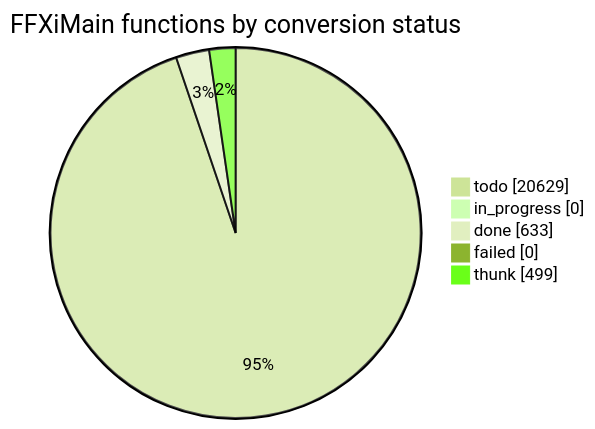
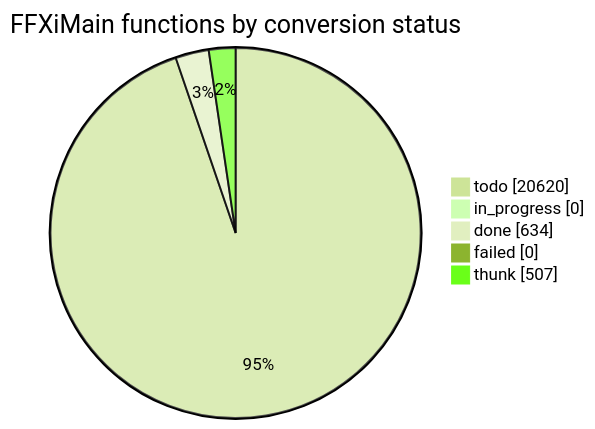
The diagram in docs/cow/STATUS.md (cowrevenge/cow_kuluu_xi_anything), drawn with Mermaid (forest theme) before and after one commit. The commit also changed other lines of this file and 9 other files, not shown here.

````diff
--- a/docs/cow/STATUS.md
+++ b/docs/cow/STATUS.md
@@ -18,9 +18,9 @@
 ```mermaid
 pie showData
     title FFXiMain functions by conversion status
-    "todo" : 20629
+    "todo" : 20620
     "in_progress" : 0
-    "done" : 633
+    "done" : 634
     "failed" : 0
-    "thunk" : 499
+    "thunk" : 507
 ```
````
